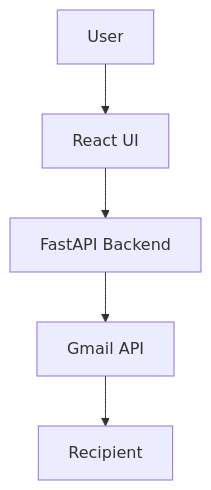
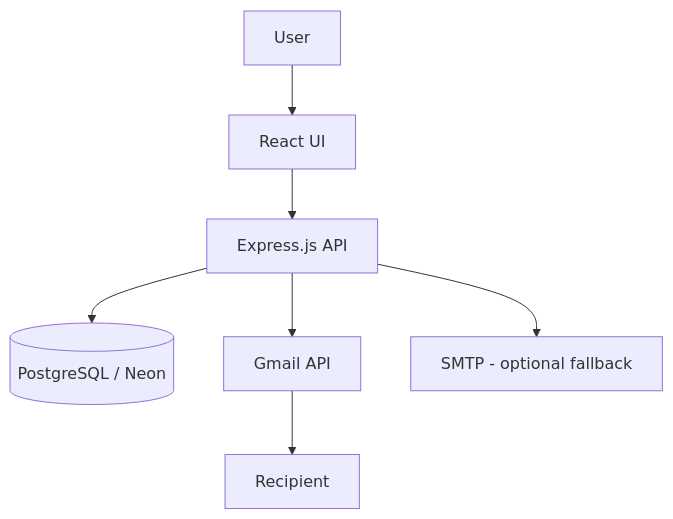
Before and after one commit to Bhupi2508/mailpilot-ai: the first of 6 diagrams in docs/02-system-design.md, drawn with Mermaid. The commit also changed other lines of this file and 64 other files, not shown here.

Commit message:
feat: integrate Google OAuth, Gmail API flow, Express backend improvements, API redesign, and documentation

````diff
--- a/docs/02-system-design.md
+++ b/docs/02-system-design.md
@@ -10,7 +10,9 @@
 ```mermaid
 flowchart TB
     U[User] --> R[React UI]
-    R --> F[FastAPI Backend]
-    F --> G[Gmail API]
+    R --> B[Express.js API]
+    B --> P[(PostgreSQL / Neon)]
+    B --> G[Gmail API]
     G --> E[Recipient]
+    B --> S[SMTP - optional fallback]
 ```
````
